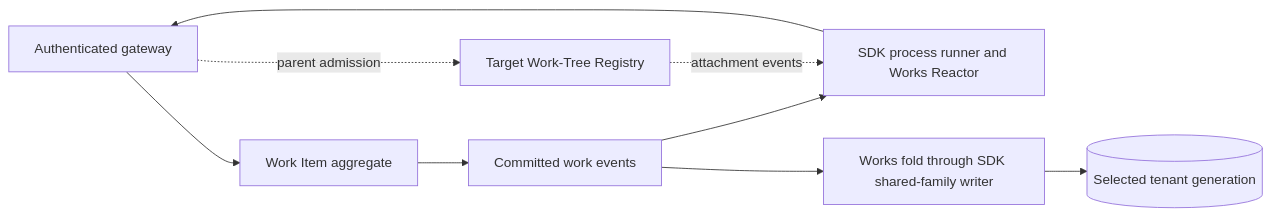
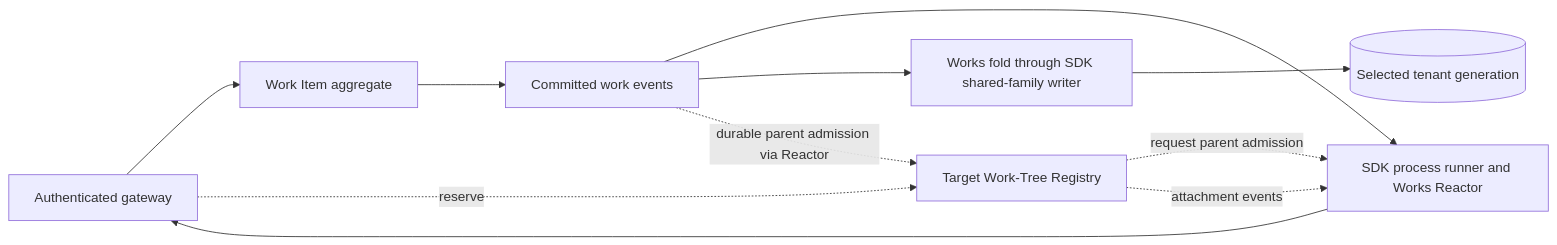
Before and after one commit to Hexalith/Hexalith.Works: the first of 2 diagrams in _bmad-output/planning-artifacts/architecture.md, drawn with Mermaid. The commit also changed other lines of this file and 1 other file, not shown here.

Commit message:
docs(architecture): resolve validation findings and adopt child work protocols

```diff
--- a/_bmad-output/planning-artifacts/architecture.md
+++ b/_bmad-output/planning-artifacts/architecture.md
@@ -56,11 +59,13 @@
 ~~~mermaid
 flowchart LR
     Edge[Authenticated gateway] --> Item[Work Item aggregate]
     Item --> WE[Committed work events]
     WE --> Process[SDK process runner and Works Reactor]
     Process --> Edge
     WE --> Projection[Works fold through SDK shared-family writer]
     Projection --> Reads[(Selected tenant generation)]
-    Edge -. parent admission .-> Registry[Target Work-Tree Registry]
+    Edge -. reserve .-> Registry[Target Work-Tree Registry]
+    Registry -. request parent admission .-> Process
+    WE -. durable parent admission via Reactor .-> Registry
     Registry -. attachment events .-> Process
 ~~~
```
